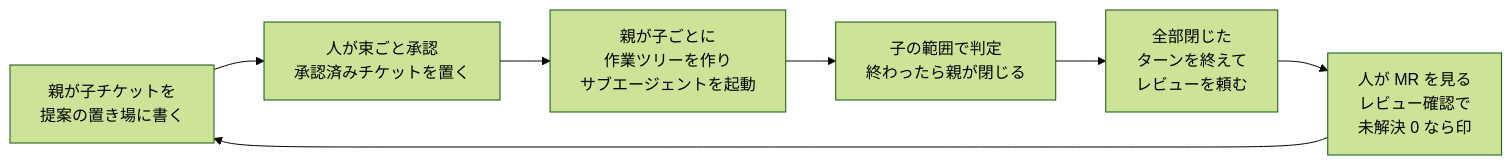
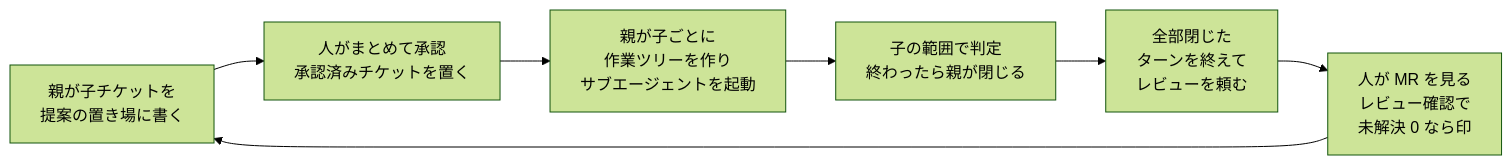
One commit to yuki-matsu783/ccnavi changed the fourth of 4 diagrams in requirements.md. Above: the diagram before and after it, drawn with Mermaid (forest theme). The commit also changed other lines of this file and 10 other files, not shown here.

````diff
--- a/requirements.md
+++ b/requirements.md
@@ -602,9 +602,9 @@
 ```mermaid
 flowchart LR
-  A[親が子チケットを<br/>提案の置き場に書く] --> B[人が束ごと承認<br/>承認済みチケットを置く]
+  A[親が子チケットを<br/>提案の置き場に書く] --> B[人がまとめて承認<br/>承認済みチケットを置く]
   B --> C[親が子ごとに<br/>作業ツリーを作り<br/>サブエージェントを起動]
   C --> D[子の範囲で判定<br/>終わったら親が閉じる]
   D --> E[全部閉じた<br/>ターンを終えて<br/>レビューを頼む]
   E --> F[人が MR を見る<br/>レビュー確認で<br/>未解決 0 なら印]
   F --> A
 ```
````
